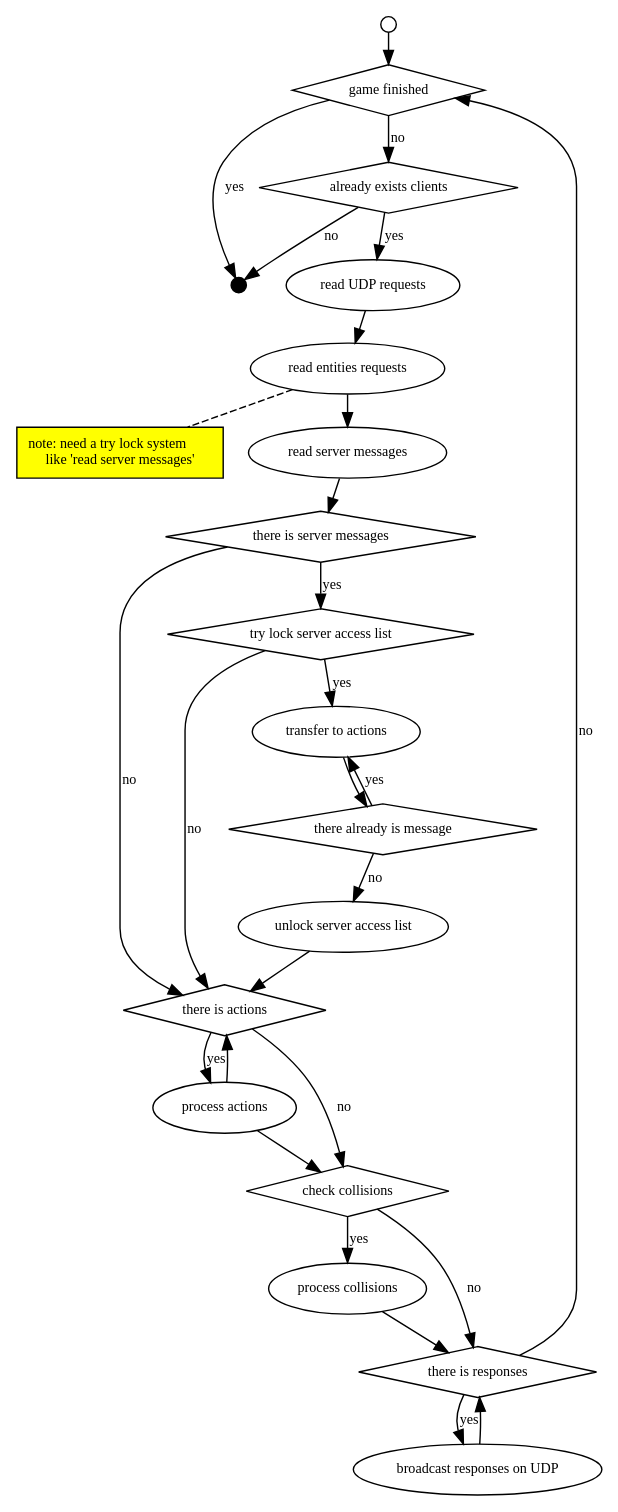
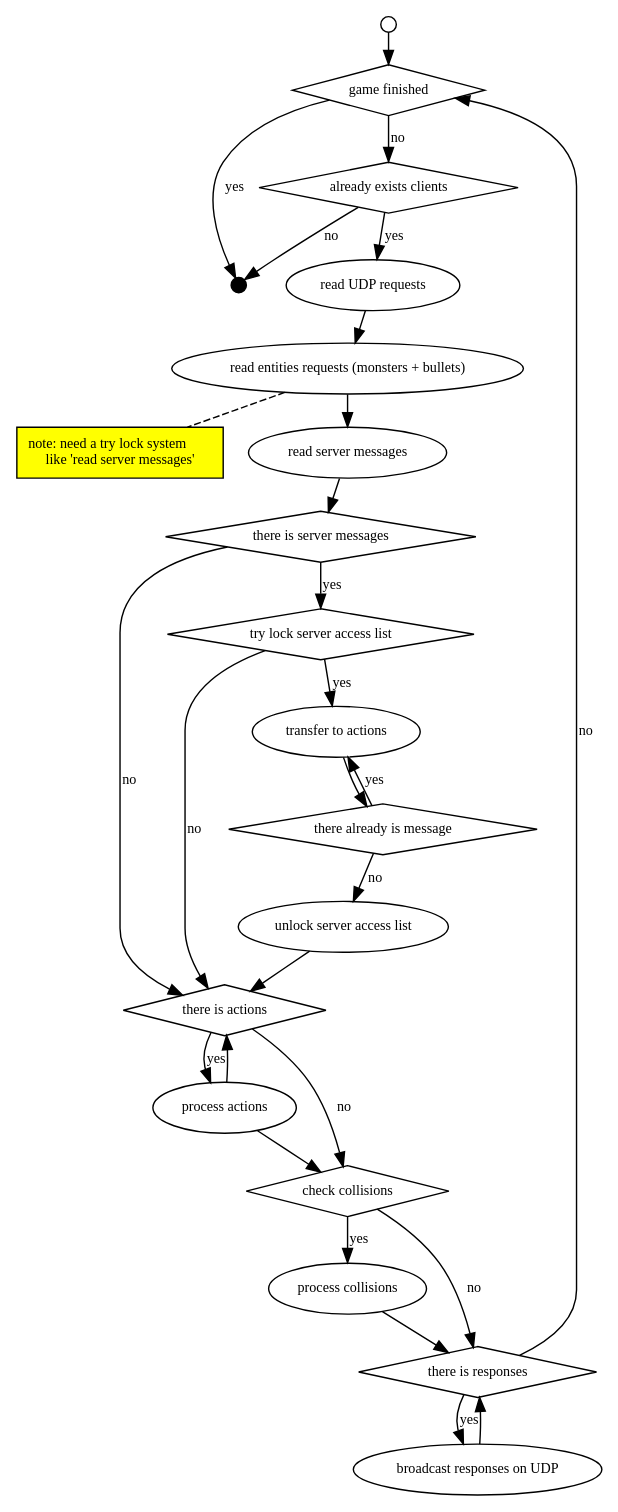
One commit to Surogate/airtipe changed the diagram in doc/dot/Server/Activity_Party.dot. Above: the diagram before and after it, drawn with Graphviz. The commit also changed 3 other files, not shown here.

Commit message:
uml: ajout du bullet engine + corrections

```diff
--- a/doc/dot/Server/Activity_Party.dot
+++ b/doc/dot/Server/Activity_Party.dot
@@ -1,107 +1,107 @@
 digraph uml {
 	graph	[fontname=Verdana, fontsize=8, ranksep=0.3];
 	node	[fontname=Verdana, fontsize=10];
 	edge	[fontname=Verdana, fontsize=10];
 
 // The start
 	"start"	
 		[shape=circle, label="", height=0.15];
 	"end"
 		[shape=point, label="", height=0.15, style=filled, fillcolor=black];
 
 // The main loop conditions
 	"game finished"
 		[shape=diamond];
 	"already exists clients"
 		[shape=diamond];
 
 	"start"						-> "game finished";
 	"game finished"				-> "end"
 		[label=yes];
 	"game finished"				-> "already exists clients"
 		[label=no];
 	"already exists clients"	-> "end"
 		[label=no];
 
 // Reading incoming data
 	"read UDP requests"
 		[shape=ellipse];
-	"read entities requests"
+	"read entities requests (monsters + bullets)"
 		[shape=ellipse];
 	"note: need a try lock system\l like 'read server messages'"
 		[shape=record, style=filled, fillcolor=yellow];
 	"read server messages"
 		[shape=ellipse];
 
-	"already exists clients"	-> "read UDP requests"
+	"already exists clients"						-> "read UDP requests"
 		[label=yes];
-	"read UDP requests"			-> "read entities requests";
-	"read entities requests"	-> "read server messages";
-	"read entities requests"	-> "note: need a try lock system\l like 'read server messages'"
+	"read UDP requests"								-> "read entities requests (monsters + bullets)";
+	"read entities requests (monsters + bullets)"	-> "read server messages";
+	"read entities requests (monsters + bullets)"	-> "note: need a try lock system\l like 'read server messages'"
 		[arrowhead=none, style=dashed];
 
 // Processing data
 	"there is actions"
 		[shape=diamond];
 	"process actions"
 		[shape=ellipse];
 
 	"there is actions"			-> "process actions"
 		[label=yes];
 	"process actions"			-> "there is actions";
 
 // Server message reading (mutex)
 	"there is server messages"
 		[shape=diamond];
 	"try lock server access list"
 		[shape=diamond];
 	"there already is message"
 		[shape=diamond];
 	"transfer to actions"
 		[shape=ellipse];
 	"unlock server access list"
 		[shape=ellipse];
 
 	"read server messages"			-> "there is server messages";
 	"there is server messages"		-> "there is actions"
 		[label=no];
 	"there is server messages"		-> "try lock server access list"
 		[label=yes];
 	"try lock server access list"	-> "there is actions"
 		[label=no];
 	"try lock server access list"	-> "transfer to actions"
 		[label=yes];
 	"transfer to actions"			-> "there already is message";
 	"there already is message"		-> "transfer to actions"
 		[label=yes];
 	"there already is message"		-> "unlock server access list"
 		[label=no];
 	"unlock server access list"		-> "there is actions";
 
 // Check collisions
 	"check collisions"
 		[shape=diamond];
 	"process collisions"
 		[shape=ellipse];
 
 	"process actions"				-> "check collisions";
 	"there is actions"				-> "check collisions"
 		[label=no];
 	"check collisions"				-> "process collisions"
 		[label=yes];
 
 // Inform client
 	"there is responses"
 		[shape=diamond];
 	"broadcast responses on UDP"
 		[shape=ellipse];
 
 	"process collisions"			-> "there is responses";
 	"check collisions"				-> "there is responses"
 		[label=no];
 	"there is responses"			-> "game finished"
 		[label=no];
 	"there is responses"			-> "broadcast responses on UDP"
 		[label=yes];
 	"broadcast responses on UDP"	-> "there is responses";
 }
```
